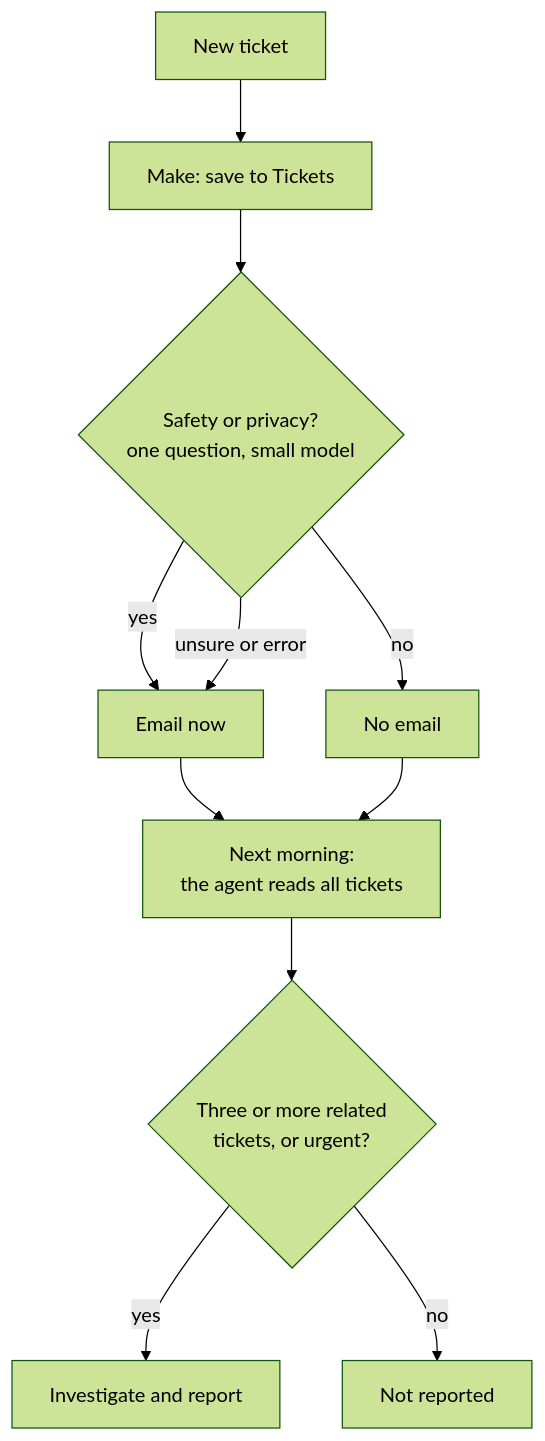
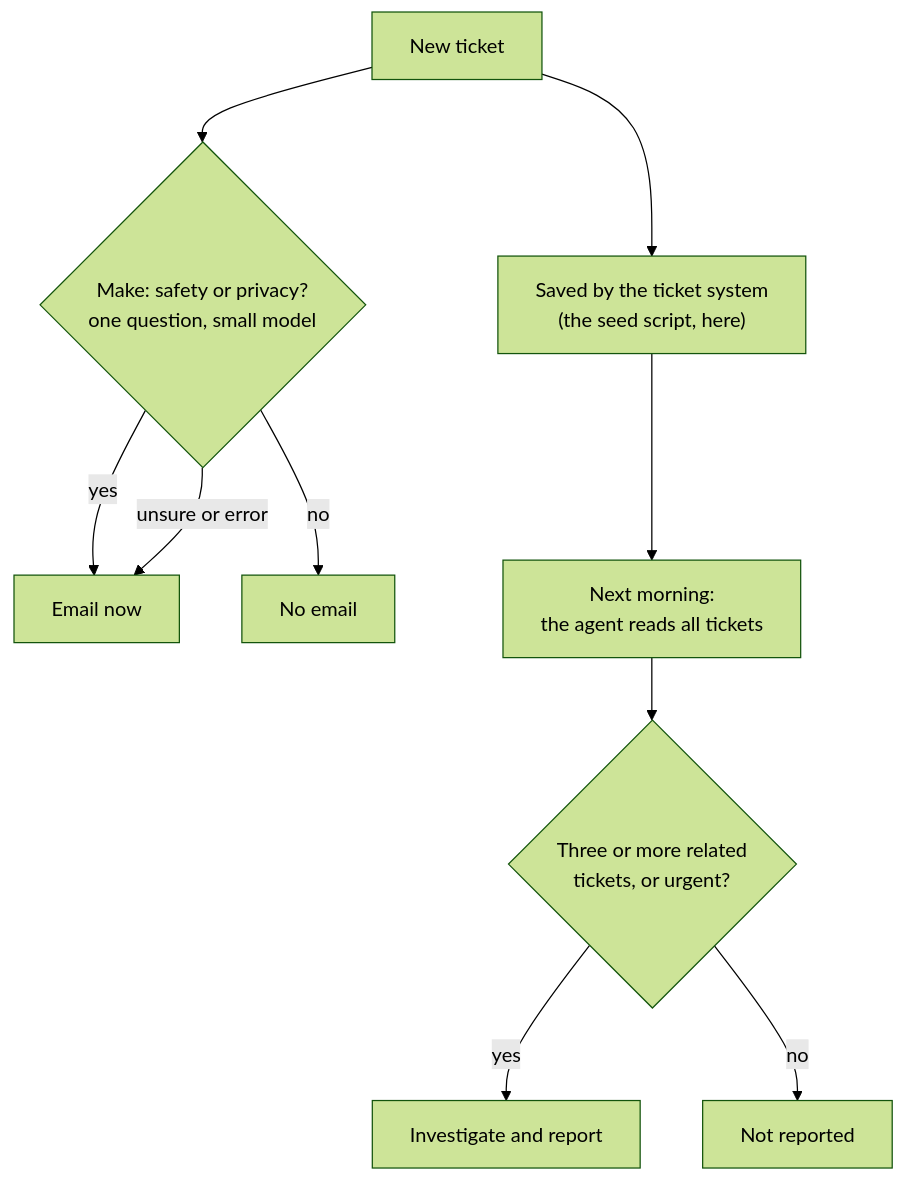
The second of 5 diagrams in Architecture.md (sianitomer-web/electric-wize-complaint-investigator), drawn with Mermaid (forest theme) before and after one commit. The commit also changed other lines of this file and 4 other files, not shown here.

First line of the commit message:
Make fast track: urgent ticket email, built and tested (#11)

````diff
--- a/Architecture.md
+++ b/Architecture.md
@@ -45,13 +45,12 @@
 ```mermaid
 flowchart TD
-    T["New ticket"] --> S["Make: save to Tickets"]
-    S --> Q{"Safety or privacy?<br/>one question, small model"}
+    T["New ticket"] --> S["Saved by the ticket system<br/>(the seed script, here)"]
+    T --> Q{"Make: safety or privacy?<br/>one question, small model"}
     Q -- "yes" --> E["Email now"]
     Q -- "unsure or error" --> E
     Q -- "no" --> N["No email"]
-    E --> A["Next morning:<br/>the agent reads all tickets"]
-    N --> A
+    S --> A["Next morning:<br/>the agent reads all tickets"]
     A --> I{"Three or more related<br/>tickets, or urgent?"}
     I -- "yes" --> R["Investigate and report"]
     I -- "no" --> W["Not reported"]
 ```
````
